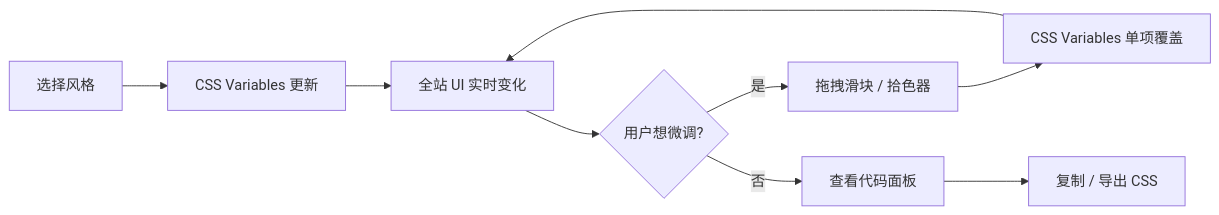
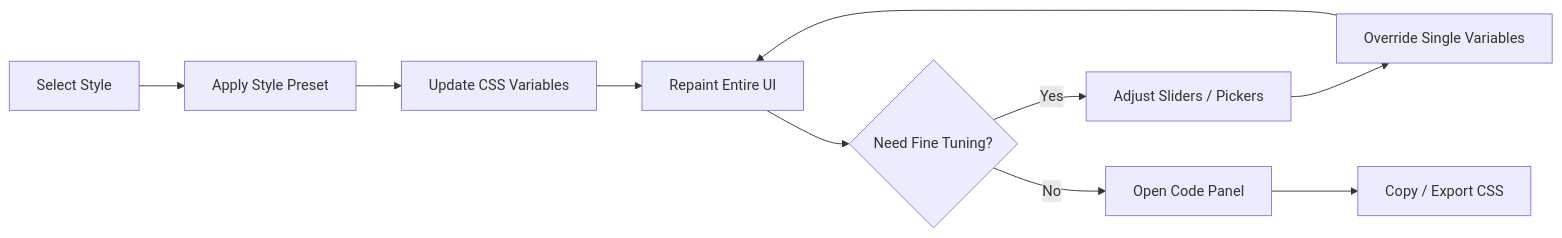
Before and after one commit to jarvisluk/web-style-visualisation: the diagram in README.md, drawn with Mermaid. The commit also changed other lines of this file and 33 other files, not shown here.

First line of the commit message:
feat: Phase 1 MVP — full-page style switching with fine-tuning

````diff
--- a/README.md
+++ b/README.md
@@ -95,11 +98,12 @@
 ```mermaid
 flowchart LR
-    A["选择风格"] --> B["CSS Variables 更新"]
-    B --> C["全站 UI 实时变化"]
-    C --> D{"用户想微调?"}
-    D -- 是 --> E["拖拽滑块 / 拾色器"]
-    E --> F["CSS Variables 单项覆盖"]
-    F --> C
-    D -- 否 --> G["查看代码面板"]
-    G --> H["复制 / 导出 CSS"]
+    A["Select Style"] --> B["Apply Style Preset"]
+    B --> C["Update CSS Variables"]
+    C --> D["Repaint Entire UI"]
+    D --> E{"Need Fine Tuning?"}
+    E -- Yes --> F["Adjust Sliders / Pickers"]
+    F --> G["Override Single Variables"]
+    G --> D
+    E -- No --> H["Open Code Panel"]
+    H --> I["Copy / Export CSS"]
 ```
````
